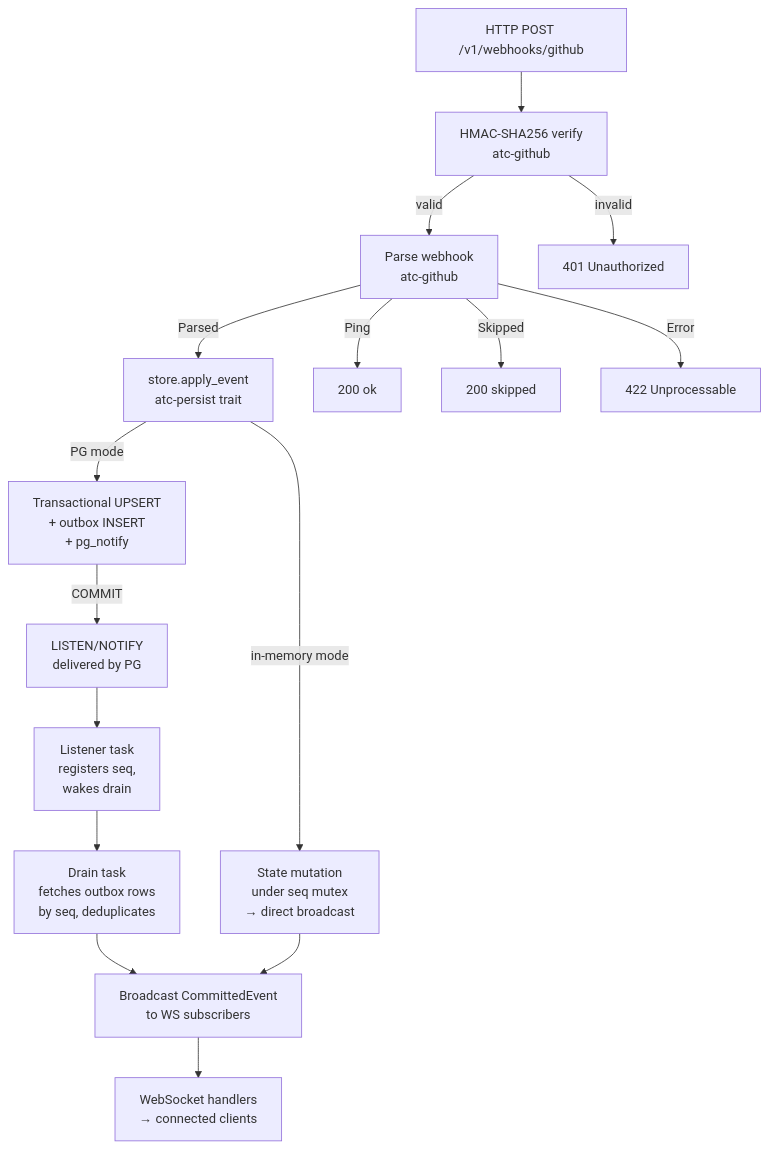
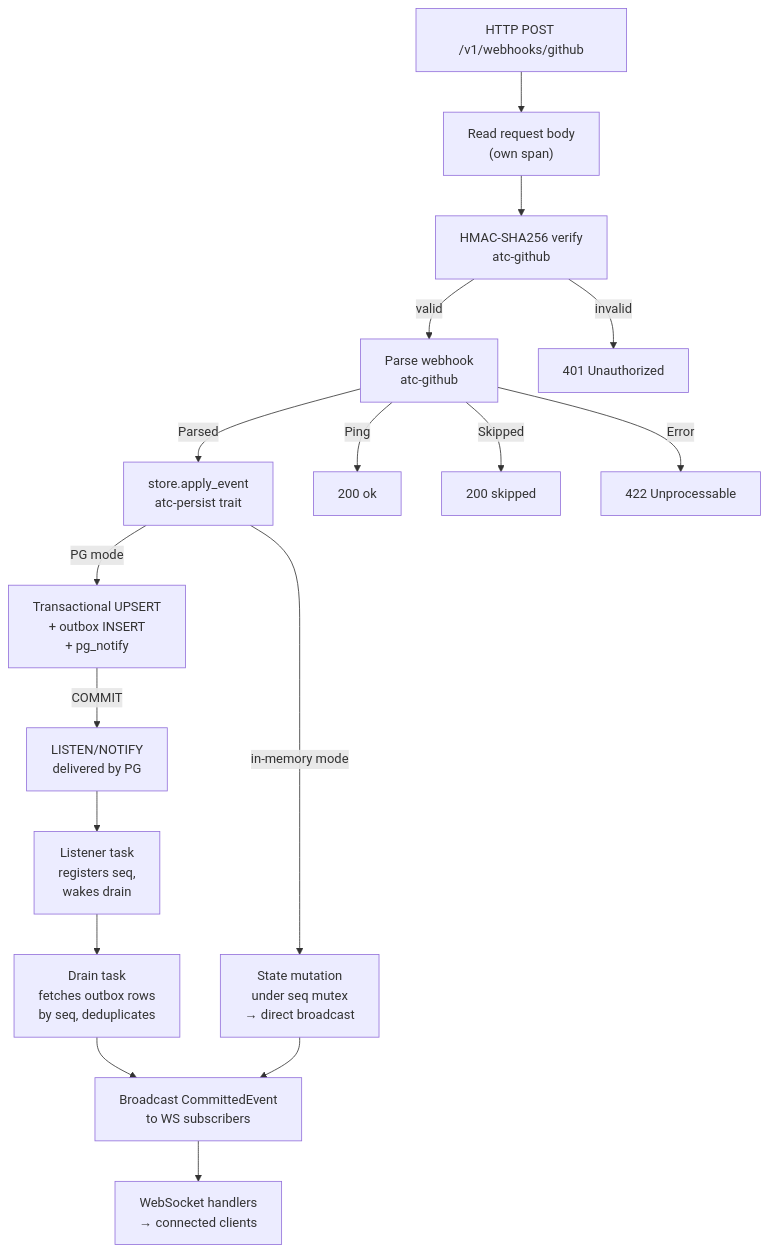
Before and after one commit to bojanrajkovic/atc: the second of 6 diagrams in docs/architecture/backend-server.md, drawn with Mermaid. The commit also changed other lines of this file and 3 other files, not shown here.

First line of the commit message:
feat(server): give webhook body reads their own span

````diff
--- a/docs/architecture/backend-server.md
+++ b/docs/architecture/backend-server.md
@@ -51,18 +51,19 @@
 ```mermaid
 flowchart TD
-    POST["HTTP POST /v1/webhooks/github"] --> HMAC["HMAC-SHA256 verify\natc-github"]
+    POST["HTTP POST /v1/webhooks/github"] --> READ["Read request body\n(own span)"]
+    READ --> HMAC["HMAC-SHA256 verify\natc-github"]
     HMAC -->|valid| PARSE["Parse webhook\natc-github"]
     HMAC -->|invalid| R401["401 Unauthorized"]
     PARSE -->|Parsed| APPLY["store.apply_event\natc-persist trait"]
     PARSE -->|Ping| R200P["200 ok"]
     PARSE -->|Skipped| R200S["200 skipped"]
     PARSE -->|Error| R422["422 Unprocessable"]
     APPLY -->|PG mode| TXN["Transactional UPSERT\n+ outbox INSERT\n+ pg_notify"]
     APPLY -->|in-memory mode| MEM["State mutation\nunder seq mutex\n→ direct broadcast"]
     TXN -->|COMMIT| NOTIFY["LISTEN/NOTIFY\ndelivered by PG"]
     NOTIFY --> LISTENER["Listener task\nregisters seq,\nwakes drain"]
     LISTENER --> DRAIN["Drain task\nfetches outbox rows\nby seq, deduplicates"]
     DRAIN --> BCAST["Broadcast CommittedEvent\nto WS subscribers"]
     MEM --> BCAST
     BCAST --> WS["WebSocket handlers\n→ connected clients"]
 ```
````
